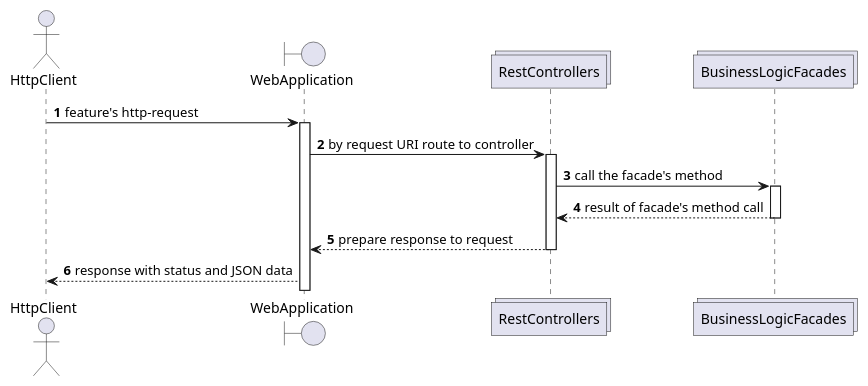
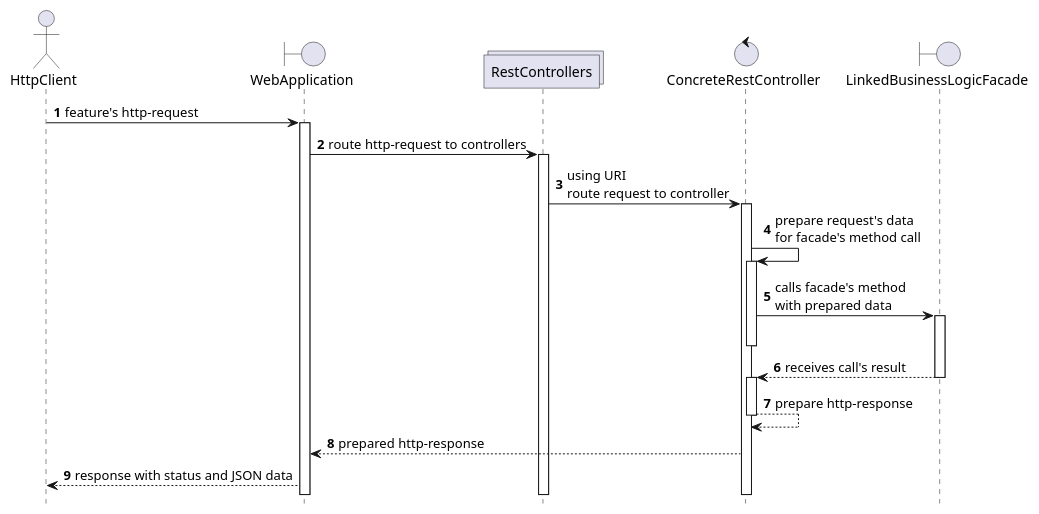
The diagram in endpoint/diagrams/Endpoints Layer Sequence Diagram.puml (OlegSopilnyak/school-demo), drawn with PlantUML before and after one commit. The commit also changed 1 other file, not shown here.

Commit message:
Document endpoint clarify sequence diagram

```diff
--- a/endpoint/diagrams/Endpoints Layer Sequence Diagram.puml
+++ b/endpoint/diagrams/Endpoints Layer Sequence Diagram.puml
@@ -1,26 +1,30 @@
 @startuml
 
+hide footbox
 autonumber
 actor HttpClient as client
 boundary WebApplication as gate
 collections RestControllers as controllers
-collections BusinessLogicFacades as facades
+control ConcreteRestController as controller
+boundary LinkedBusinessLogicFacade as facade
 
 client -> gate: feature's http-request
 activate gate
-
-gate -> controllers: by request URI route to controller
+gate -> controllers: route http-request to controllers
 activate controllers
-
-controllers -> facades: call the facade's method
-activate facades
-
-facades --> controllers: result of facade's method call
-deactivate facades
-
-controllers --> gate: prepare response to request
-deactivate controllers
-
+controllers->controller: using URI\nroute request to controller
+activate controller
+controller->controller: prepare request's data\nfor facade's method call
+activate controller
+controller->facade: calls facade's method\nwith prepared data
+activate facade
+deactivate controller
+facade-->controller: receives call's result
+deactivate facade
+activate controller
+controller--> controller: prepare http-response
+deactivate controller
+controller-->gate : prepared http-response
 gate --> client: response with status and JSON data
 
 @enduml
```
